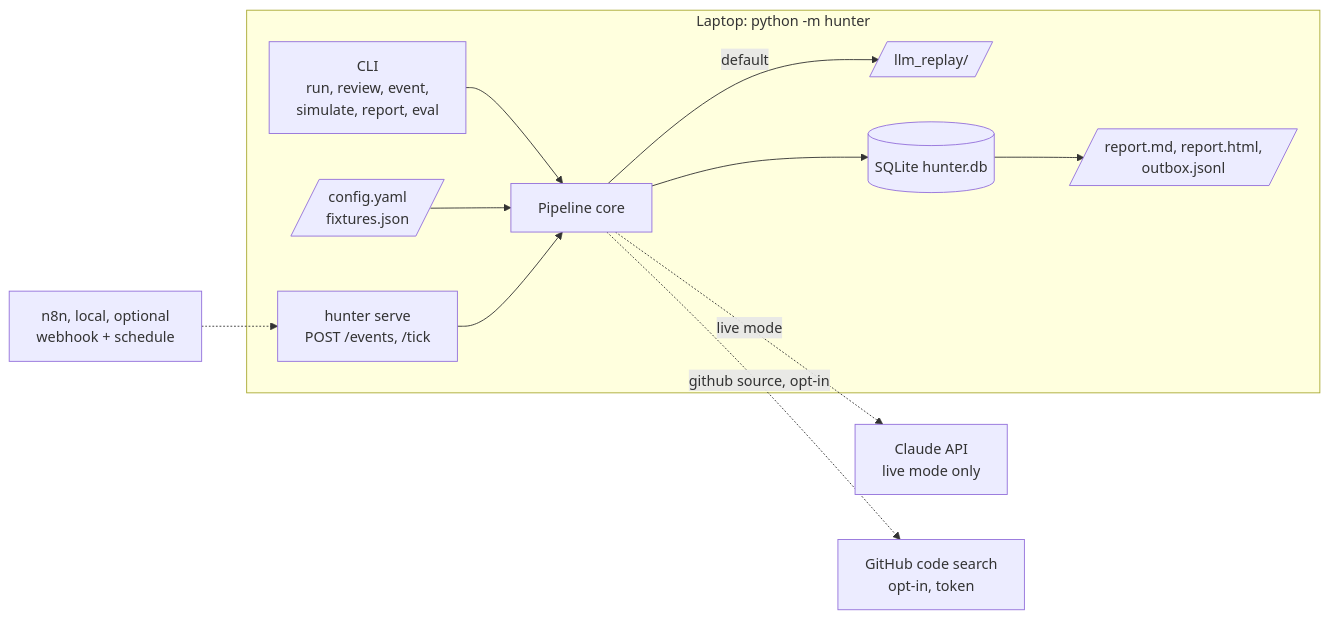
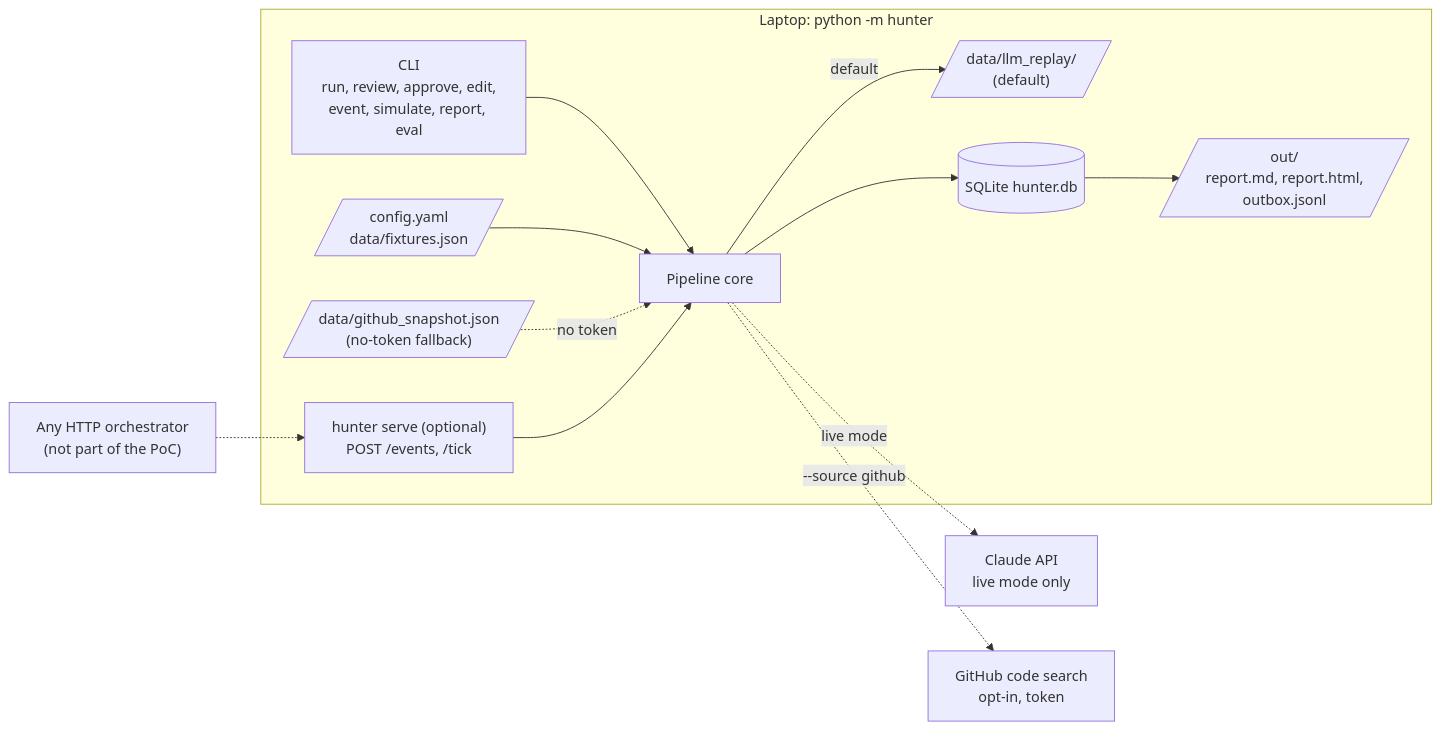
One commit to OzShwartz/Scylla-Hunter-POC changed the sixth of 7 diagrams in PRD.md. Above: the diagram before and after it, drawn with Mermaid. The commit also changed other lines of this file, not shown here.

Commit message:
Step 3: sync PRD §14 diagrams and n8n framing to the new .dot files
ERD: added hq (ACCOUNTS), department (LEADS), cache_creation/read token
columns (RUNS) - was missing all four relative to the real db.py schema.
Message lifecycle: PENDING_APPROVAL transition now lists all four real
routing reasons (score 60-79, sensitive content, validator failed after
retry, no high-confidence evidence), not just "score 60-79 or forced
review". Infra PoC diagram: n8n node replaced with "any HTTP orchestrator
(not part of the PoC)", added the no-token snapshot fallback node, out/
paths instead of bare filenames.

Also fixed "optional local n8n" (now names hunter serve directly) and the
§15 COULD row (states the actual outcome - endpoints built, n8n export
descoped - instead of just the original plan). Grepped README/PRD/
CLAUDE.md for any remaining n8n-shipped claim - none found.

````diff
--- a/PRD.md
+++ b/PRD.md
@@ -910,25 +914,27 @@
 ```mermaid
 flowchart LR
     subgraph LOCAL["Laptop: python -m hunter"]
-        CLI["CLI<br/>run, review, event,<br/>simulate, report, eval"]
+        CLI["CLI<br/>run, review, approve, edit,<br/>event, simulate, report, eval"]
         CORE["Pipeline core"]
-        CFG[/"config.yaml<br/>fixtures.json"/]
-        REPLAY[/"llm_replay/"/]
+        CFG[/"config.yaml<br/>data/fixtures.json"/]
+        REPLAY[/"data/llm_replay/<br/>(default)"/]
+        SNAP[/"data/github_snapshot.json<br/>(no-token fallback)"/]
         DB[("SQLite hunter.db")]
-        OUT[/"report.md, report.html,<br/>outbox.jsonl"/]
-        API["hunter serve<br/>POST /events, /tick"]
+        OUT[/"out/<br/>report.md, report.html,<br/>outbox.jsonl"/]
+        API["hunter serve (optional)<br/>POST /events, /tick"]
     end
-    N8N["n8n, local, optional<br/>webhook + schedule"]
+    ORCH["Any HTTP orchestrator<br/>(not part of the PoC)"]
     CLAUDE["Claude API<br/>live mode only"]
     GH["GitHub code search<br/>opt-in, token"]
 
     CLI --> CORE
     CFG --> CORE
     CORE -->|default| REPLAY
     CORE -.->|live mode| CLAUDE
-    CORE -.->|github source, opt-in| GH
+    CORE -.->|--source github| GH
+    SNAP -.->|no token| CORE
     CORE --> DB
     DB --> OUT
-    N8N -.-> API
+    ORCH -.-> API
     API --> CORE
 ```
````
